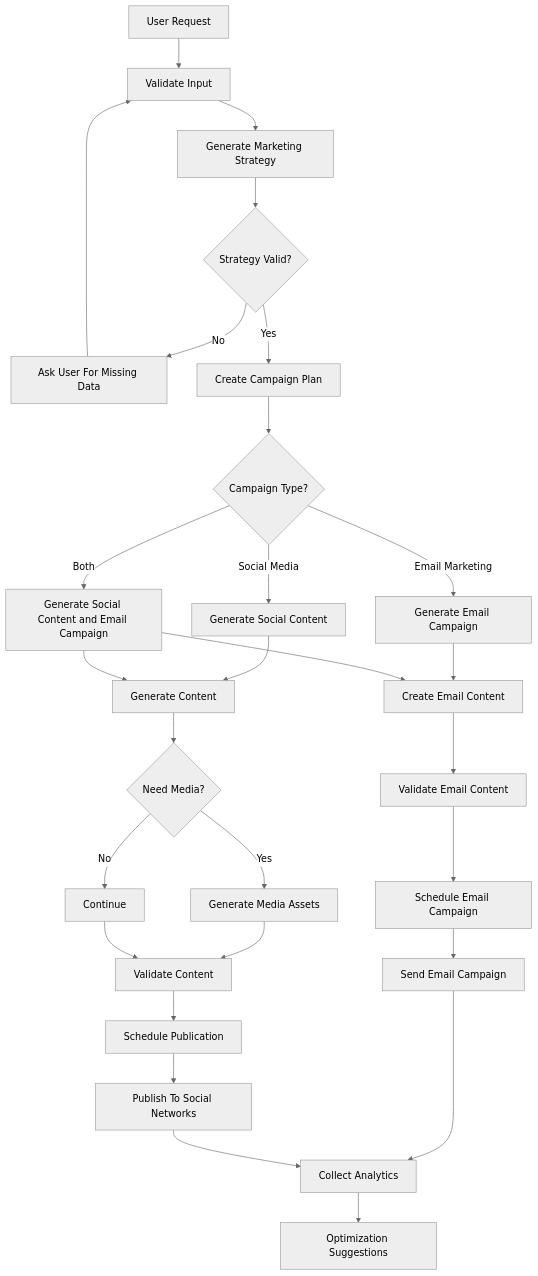
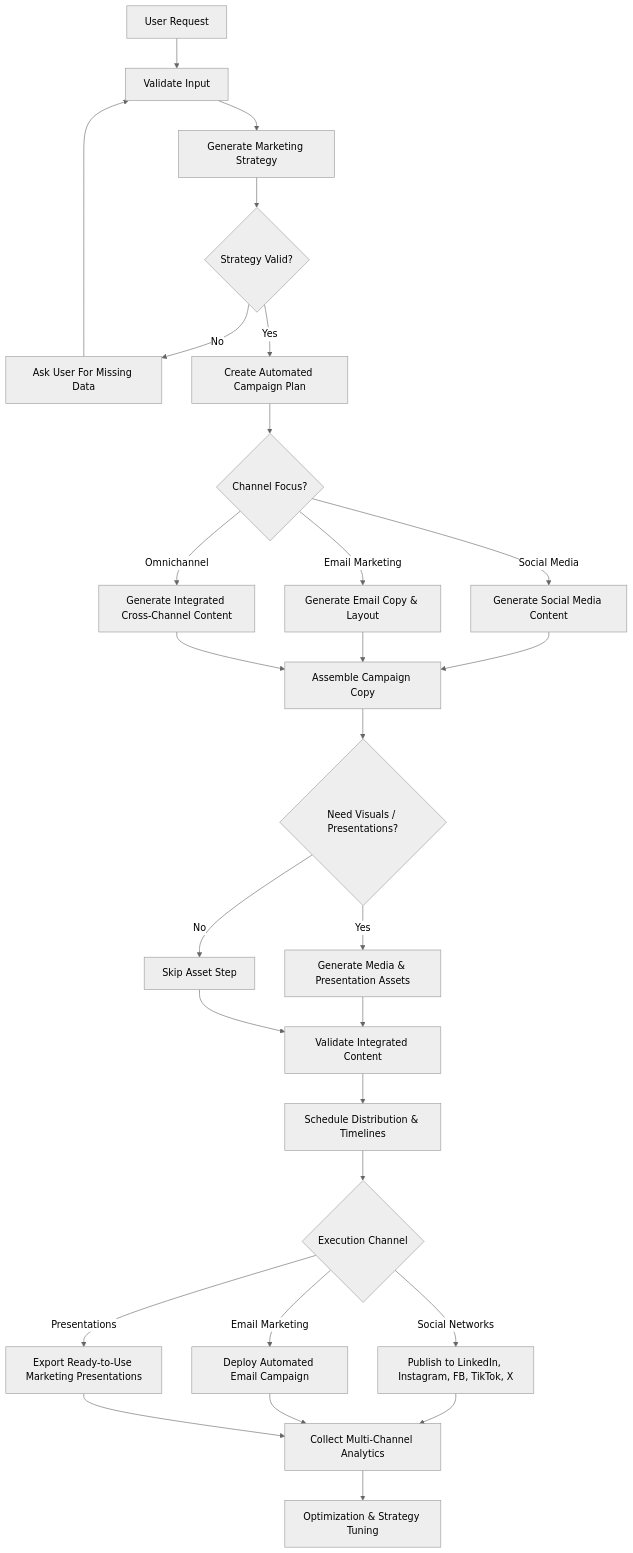
The first of 8 diagrams in README.md (mariembel21/nova-ai-marketing-agent), drawn with Mermaid (neutral theme) before and after one commit. The commit also changed other lines of this file, not shown here.

Commit message:
Update README with campaign and content flow improvements

````diff
--- a/README.md
+++ b/README.md
@@ -5,44 +5,44 @@
 ```mermaid
 flowchart TD
 
 A[User Request] --> B[Validate Input]
 
 B --> C[Generate Marketing Strategy]
 
 C --> D{Strategy Valid?}
 
 D -->|No| E[Ask User For Missing Data]
 E --> B
 
-D -->|Yes| F[Create Campaign Plan]
+D -->|Yes| F[Create Automated Campaign Plan]
 
-F --> G{Campaign Type?}
+F --> G{Channel Focus?}
 
-G -->|Social Media| H[Generate Social Content]
-G -->|Email Marketing| I[Generate Email Campaign]
-G -->|Both| J[Generate Social Content and Email Campaign]
+G -->|Social Media| H[Generate Social Media Content]
+G -->|Email Marketing| I[Generate Email Copy & Layout]
+G -->|Omnichannel| J[Generate Integrated Cross-Channel Content]
 
-H --> K[Generate Content]
-I --> L[Create Email Content]
+H --> K[Assemble Campaign Copy]
+I --> K
 J --> K
-J --> L
 
-K --> M{Need Media?}
-M -->|Yes| N[Generate Media Assets]
-M -->|No| O[Continue]
+K --> L{Need Visuals / Presentations?}
+L -->|Yes| M[Generate Media & Presentation Assets]
+L -->|No| N[Skip Asset Step]
 
-L --> P[Validate Email Content]
-N --> Q[Validate Content]
-O --> Q
+M --> O[Validate Integrated Content]
+N --> O
 
-P --> R[Schedule Email Campaign]
-Q --> S[Schedule Publication]
+O --> P[Schedule Distribution & Timelines]
 
-R --> T[Send Email Campaign]
-S --> U[Publish To Social Networks]
+P --> Q{Execution Channel}
+Q -->|Social Networks| R[Publish to LinkedIn, Instagram, FB, TikTok, X]
+Q -->|Email Marketing| S[Deploy Automated Email Campaign]
+Q -->|Presentations| T[Export Ready-to-Use Marketing Presentations]
 
-T --> V[Collect Analytics]
-U --> V
+R --> U[Collect Multi-Channel Analytics]
+S --> U
+T --> U
 
-V --> W[Optimization Suggestions]
+U --> V[Optimization & Strategy Tuning]
 ```
````
